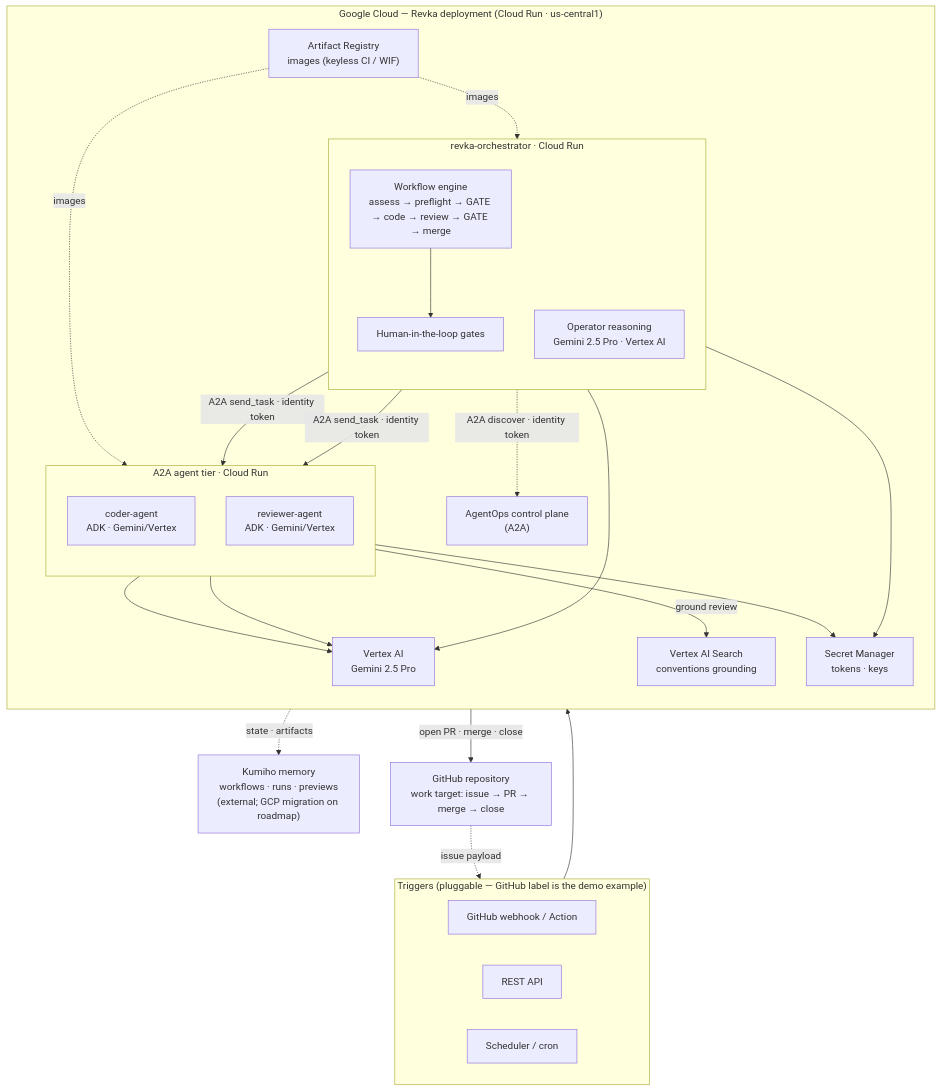
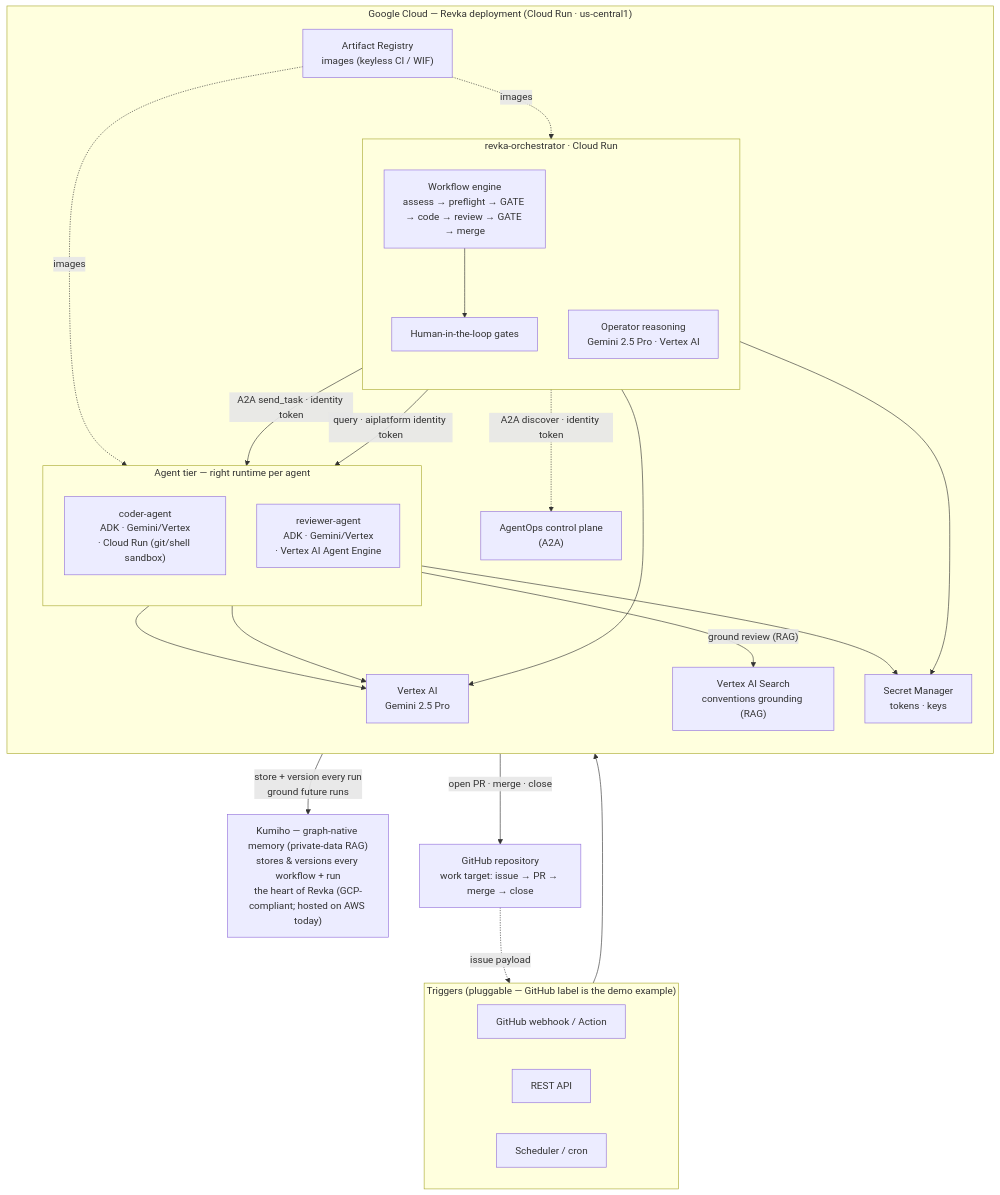
One commit to KumihoIO/Revka changed the first of 2 diagrams in docs/TRACK3_SUBMISSION.md. Above: the diagram before and after it, drawn with Mermaid. The commit also changed other lines of this file and 2 other files, not shown here.

First line of the commit message:
docs(track3): align to the five key considerations + Agent Engine + Kumiho RAG

````diff
--- a/docs/TRACK3_SUBMISSION.md
+++ b/docs/TRACK3_SUBMISSION.md
@@ -22,48 +31,48 @@
 ```mermaid
 flowchart TB
     subgraph TRIG["Triggers (pluggable — GitHub label is the demo example)"]
         T1["GitHub webhook / Action"]
         T2["REST API"]
         T3["Scheduler / cron"]
     end
 
     subgraph GCP["Google Cloud — Revka deployment (Cloud Run · us-central1)"]
         direction TB
         subgraph ORCH["revka-orchestrator  ·  Cloud Run"]
             direction TB
             WF["Workflow engine\nassess → preflight → GATE → code → review → GATE → merge"]
             GATE["Human-in-the-loop gates"]
             REASON["Operator reasoning\nGemini 2.5 Pro · Vertex AI"]
         end
-        subgraph EXEC["A2A agent tier  ·  Cloud Run"]
+        subgraph EXEC["Agent tier — right runtime per agent"]
             direction TB
-            CODER["coder-agent\nADK · Gemini/Vertex"]
-            REVIEWER["reviewer-agent\nADK · Gemini/Vertex"]
+            CODER["coder-agent\nADK · Gemini/Vertex\n· Cloud Run (git/shell sandbox)"]
+            REVIEWER["reviewer-agent\nADK · Gemini/Vertex\n· Vertex AI Agent Engine"]
         end
         CP["AgentOps control plane\n(A2A)"]
         VERTEX["Vertex AI\nGemini 2.5 Pro"]
-        VSEARCH["Vertex AI Search\nconventions grounding"]
+        VSEARCH["Vertex AI Search\nconventions grounding (RAG)"]
         SM["Secret Manager\ntokens · keys"]
         AR["Artifact Registry\nimages (keyless CI / WIF)"]
     end
 
-    KUM["Kumiho memory\nworkflows · runs · previews\n(external; GCP migration on roadmap)"]
+    KUM["Kumiho — graph-native memory (private-data RAG)\nstores & versions every workflow + run\nthe heart of Revka (GCP-compliant; hosted on AWS today)"]
     GHREPO["GitHub repository\nwork target: issue → PR → merge → close"]
 
     TRIG --> WF
     WF --> GATE
     WF -. "A2A discover · identity token" .-> CP
     WF -- "A2A send_task · identity token" --> CODER
-    WF -- "A2A send_task · identity token" --> REVIEWER
+    WF -- "query · aiplatform identity token" --> REVIEWER
     REASON --> VERTEX
     CODER --> VERTEX
     REVIEWER --> VERTEX
-    REVIEWER -- "ground review" --> VSEARCH
+    REVIEWER -- "ground review (RAG)" --> VSEARCH
     ORCH --> SM
     CODER --> SM
-    ORCH -. "state · artifacts" .-> KUM
+    WF -- "store + version every run\nground future runs" --> KUM
     AR -. images .-> ORCH
-    AR -. images .-> EXEC
+    AR -. images .-> CODER
     CODER -- "open PR · merge · close" --> GHREPO
     GHREPO -. "issue payload" .-> TRIG
 ```
````
